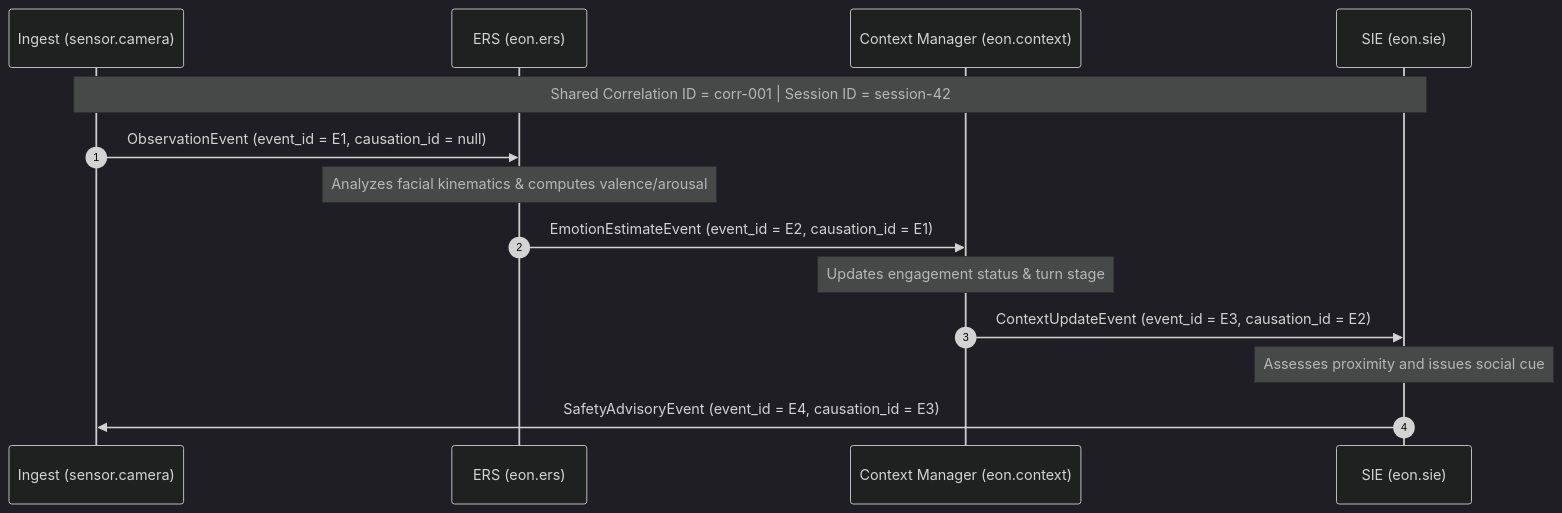
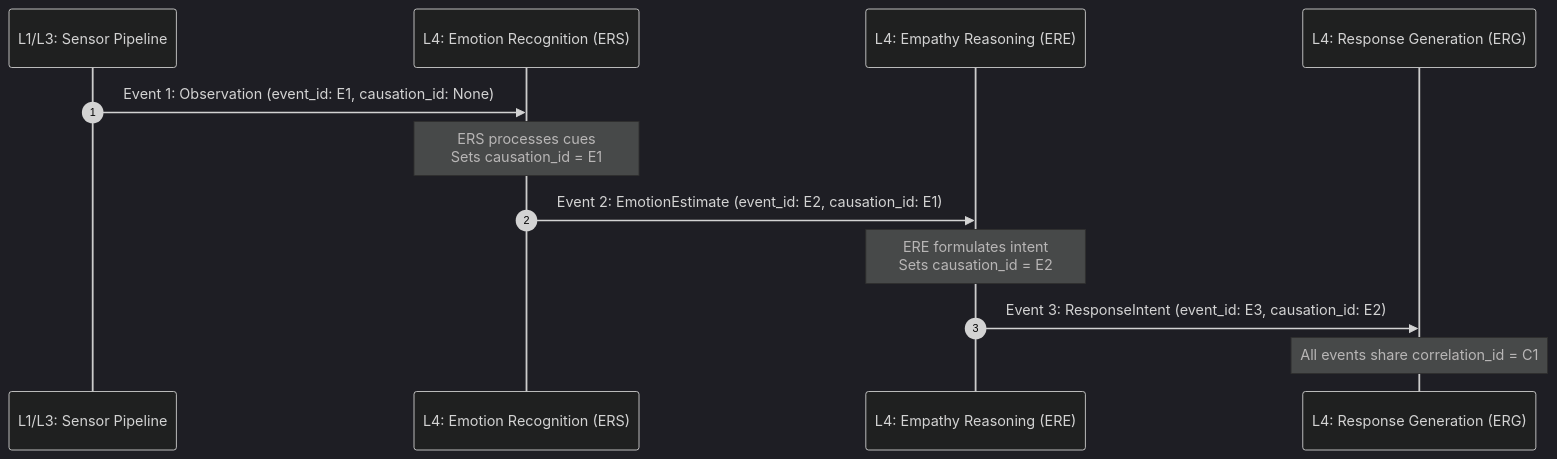
The diagram in docs/architecture/EVENT_ENVELOPE_SPECIFICATION.md (Ovic-Labs/EON), drawn with Mermaid (dark theme) before and after one commit. The commit also changed other lines of this file and 85 other files, not shown here.

Commit message:
docs(architecture): complete phase 2.3 to 2.10 architecture specifications and qualification reports

````diff
--- a/docs/architecture/EVENT_ENVELOPE_SPECIFICATION.md
+++ b/docs/architecture/EVENT_ENVELOPE_SPECIFICATION.md
@@ -59,18 +70,15 @@
 ```mermaid
 sequenceDiagram
     autonumber
-    participant Sensor as Ingest (sensor.camera)
-    participant ERS as ERS (eon.ers)
-    participant Context as Context Manager (eon.context)
-    participant SIE as SIE (eon.sie)
+    participant Sensor as L1/L3: Sensor Pipeline
+    participant ERS as L4: Emotion Recognition (ERS)
+    participant ERE as L4: Empathy Reasoning (ERE)
+    participant ERG as L4: Response Generation (ERG)
 
-    Note over Sensor,SIE: Shared Correlation ID = corr-001 | Session ID = session-42
-
-    Sensor->>ERS: ObservationEvent (event_id = E1, causation_id = null)
-    Note over ERS: Analyzes facial kinematics & computes valence/arousal
-    ERS->>Context: EmotionEstimateEvent (event_id = E2, causation_id = E1)
-    Note over Context: Updates engagement status & turn stage
-    Context->>SIE: ContextUpdateEvent (event_id = E3, causation_id = E2)
-    Note over SIE: Assesses proximity and issues social cue
-    SIE->>Sensor: SafetyAdvisoryEvent (event_id = E4, causation_id = E3)
+    Sensor->>ERS: Event 1: Observation (event_id: E1, causation_id: None)
+    Note over ERS: ERS processes cues<br/>Sets causation_id = E1
+    ERS->>ERE: Event 2: EmotionEstimate (event_id: E2, causation_id: E1)
+    Note over ERE: ERE formulates intent<br/>Sets causation_id = E2
+    ERE->>ERG: Event 3: ResponseIntent (event_id: E3, causation_id: E2)
+    Note over ERG: All events share correlation_id = C1
 ```
````
